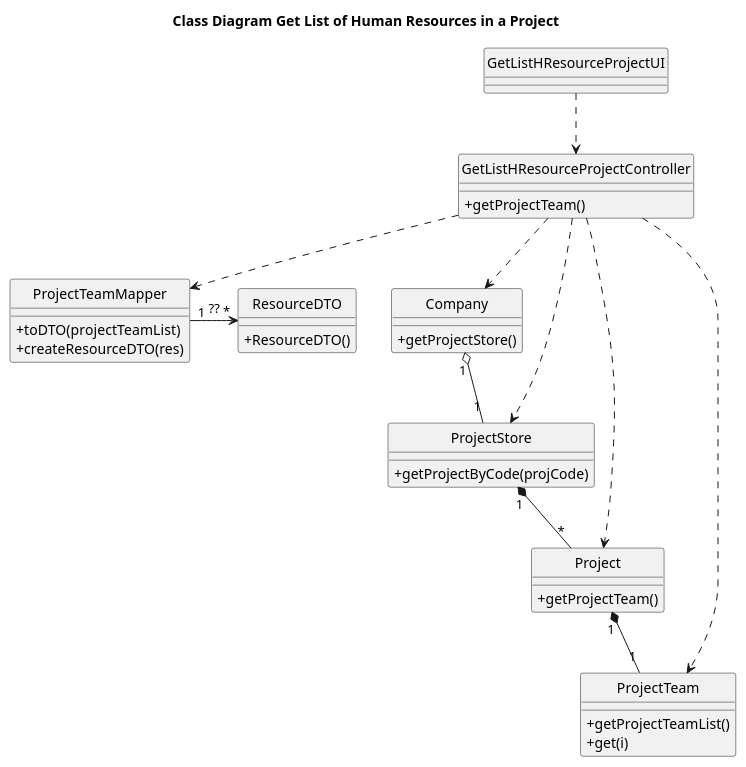
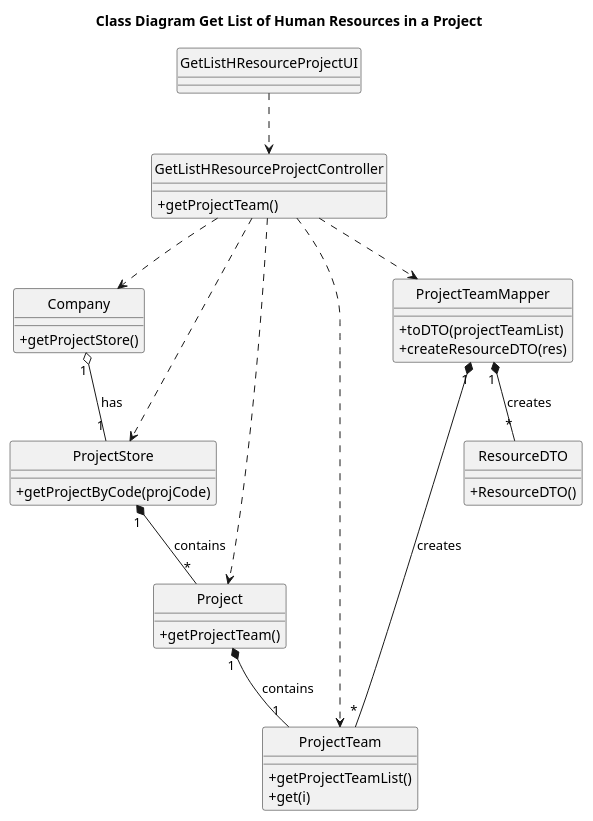
The diagram in docs/Sprint3/US028/US028-CD.puml (nunogon1211787/projectManagement), drawn with PlantUML before and after one commit. The commit also changed 1 other file, not shown here.

```diff
--- a/docs/Sprint3/US028/US028-CD.puml
+++ b/docs/Sprint3/US028/US028-CD.puml
@@ -1,57 +1,58 @@
 @startuml
 'https://plantuml.com/class-diagram
 
 hide circle
 skinparam classAttributeIconSize 0
 
 title Class Diagram Get List of Human Resources in a Project
 
 class GetListHResourceProjectUI {
 
 }
 
 class GetListHResourceProjectController {
     +getProjectTeam()
 }
 
 class Company {
     +getProjectStore()
 }
 
 class ProjectStore {
     +getProjectByCode(projCode)
 }
 
 class Project {
     +getProjectTeam()
 }
 
 class ProjectTeam {
     +getProjectTeamList()
     +get(i)
 }
 
 class ProjectTeamMapper {
     +toDTO(projectTeamList)
     +createResourceDTO(res)
 }
 
 class ResourceDTO {
     +ResourceDTO()
 }
 
 GetListHResourceProjectUI ..> GetListHResourceProjectController
 
 GetListHResourceProjectController ..> ProjectTeam
 GetListHResourceProjectController ..> Company
 GetListHResourceProjectController ..> ProjectStore
 GetListHResourceProjectController ..> Project
 GetListHResourceProjectController ..> ProjectTeamMapper
 
+
 'GetListHResourceProjectController -> Company
-Company "1" o-- "1" ProjectStore
-ProjectStore"1" *-- "*"Project
-Project"1" *-- "1"ProjectTeam
-ProjectTeamMapper "1" -> "*"ResourceDTO: ??
-
+Company "1" o-- "1" ProjectStore: has
+ProjectStore"1" *-- "*"Project: contains
+Project"1" *-- "1"ProjectTeam: contains
+ProjectTeamMapper "1" *-- "*"ResourceDTO: creates
+ProjectTeamMapper "1" *-- "*"ProjectTeam: creates
 @enduml
```
